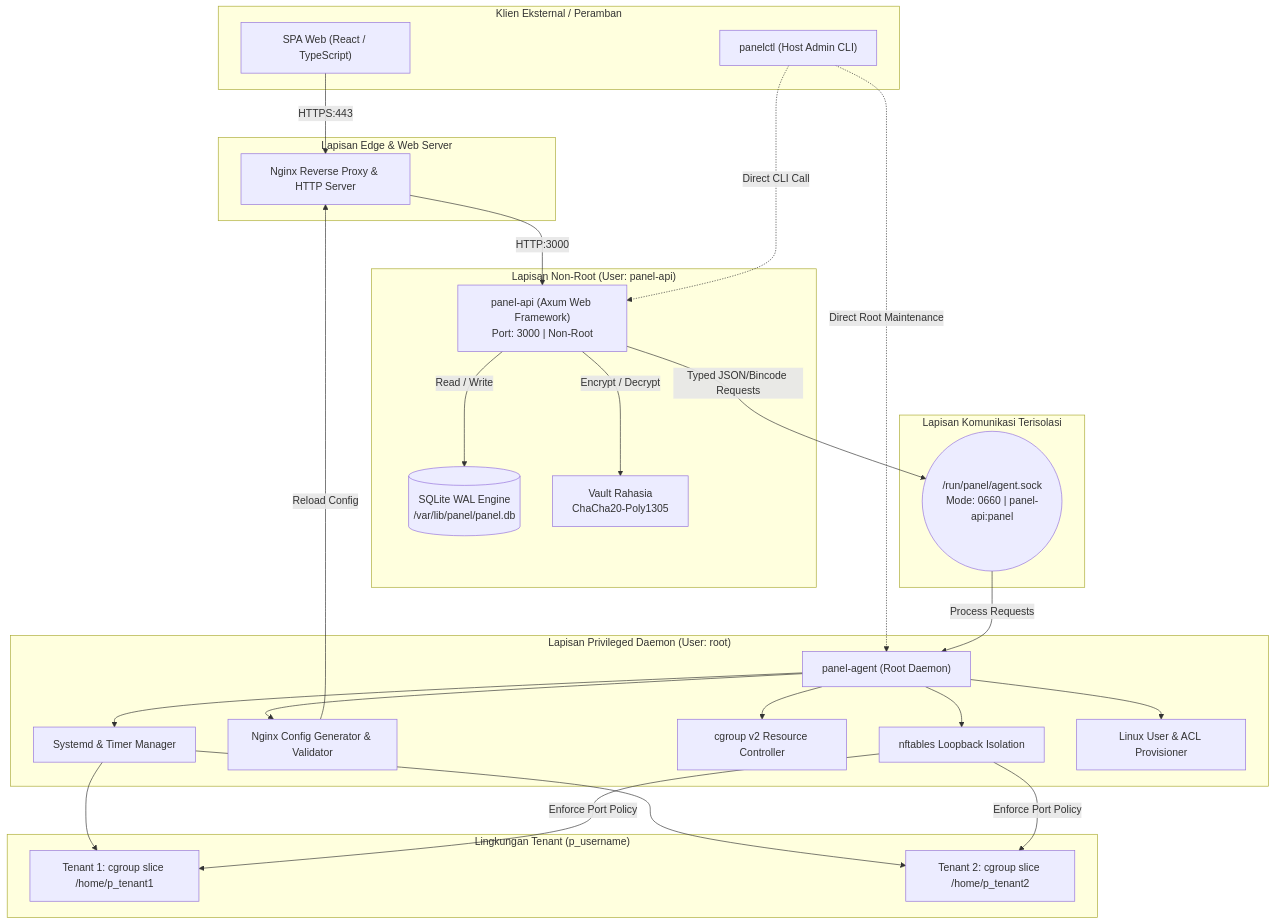
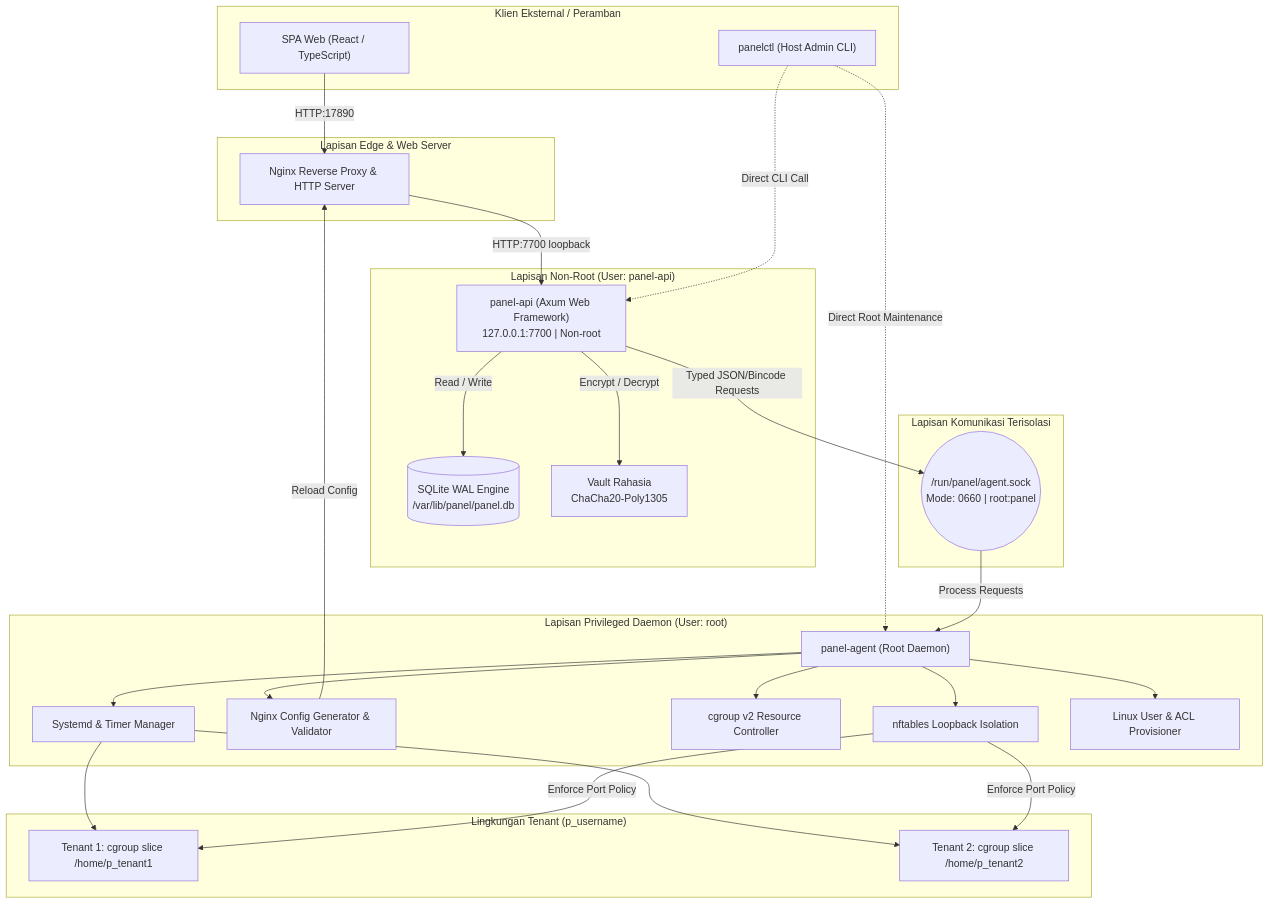
One commit to Whyriez/Qpanel changed the diagram in docs/architecture.md. Above: the diagram before and after it, drawn with Mermaid. The commit also changed 51 other files, not shown here.

````diff
--- a/docs/architecture.md
+++ b/docs/architecture.md
@@ -20,57 +20,57 @@
 ```mermaid
 graph TB
     subgraph Browser["Klien Eksternal / Peramban"]
         WebUI["SPA Web (React / TypeScript)"]
         CLIClient["panelctl (Host Admin CLI)"]
     end
 
     subgraph Edge["Lapisan Edge & Web Server"]
         Nginx["Nginx Reverse Proxy & HTTP Server"]
     end
 
     subgraph NonRootLayer["Lapisan Non-Root (User: panel-api)"]
-        PanelAPI["panel-api (Axum Web Framework)<br/>Port: 3000 | Non-Root"]
+        PanelAPI["panel-api (Axum Web Framework)<br/>127.0.0.1:7700 | Non-root"]
         SQLiteDB[("SQLite WAL Engine<br/>/var/lib/panel/panel.db")]
         SecretVault["Vault Rahasia<br/>ChaCha20-Poly1305"]
     end
 
     subgraph IPCLayer["Lapisan Komunikasi Terisolasi"]
-        UnixSocket(("/run/panel/agent.sock<br/>Mode: 0660 | panel-api:panel"))
+        UnixSocket(("/run/panel/agent.sock<br/>Mode: 0660 | root:panel"))
     end
 
     subgraph RootLayer["Lapisan Privileged Daemon (User: root)"]
         PanelAgent["panel-agent (Root Daemon)"]
         SystemdManager["Systemd & Timer Manager"]
         NginxReconciler["Nginx Config Generator & Validator"]
         CgroupManager["cgroup v2 Resource Controller"]
         NftablesManager["nftables Loopback Isolation"]
         UserManager["Linux User & ACL Provisioner"]
     end
 
     subgraph TenantEnvironments["Lingkungan Tenant (p_username)"]
         Tenant1["Tenant 1: cgroup slice /home/p_tenant1"]
         Tenant2["Tenant 2: cgroup slice /home/p_tenant2"]
     end
 
-    WebUI -->|HTTPS:443| Nginx
-    Nginx -->|HTTP:3000| PanelAPI
+    WebUI -->|HTTP:17890| Nginx
+    Nginx -->|HTTP:7700 loopback| PanelAPI
     CLIClient -.->|Direct CLI Call| PanelAPI
     CLIClient -.->|Direct Root Maintenance| PanelAgent
 
     PanelAPI -->|Read / Write| SQLiteDB
     PanelAPI -->|Encrypt / Decrypt| SecretVault
     PanelAPI -->|Typed JSON/Bincode Requests| UnixSocket
     UnixSocket -->|Process Requests| PanelAgent
 
     PanelAgent --> SystemdManager
     PanelAgent --> NginxReconciler
     PanelAgent --> CgroupManager
     PanelAgent --> NftablesManager
     PanelAgent --> UserManager
 
     SystemdManager --> Tenant1
     SystemdManager --> Tenant2
     NginxReconciler -->|Reload Config| Nginx
     NftablesManager -->|Enforce Port Policy| Tenant1
     NftablesManager -->|Enforce Port Policy| Tenant2
 ```
````
